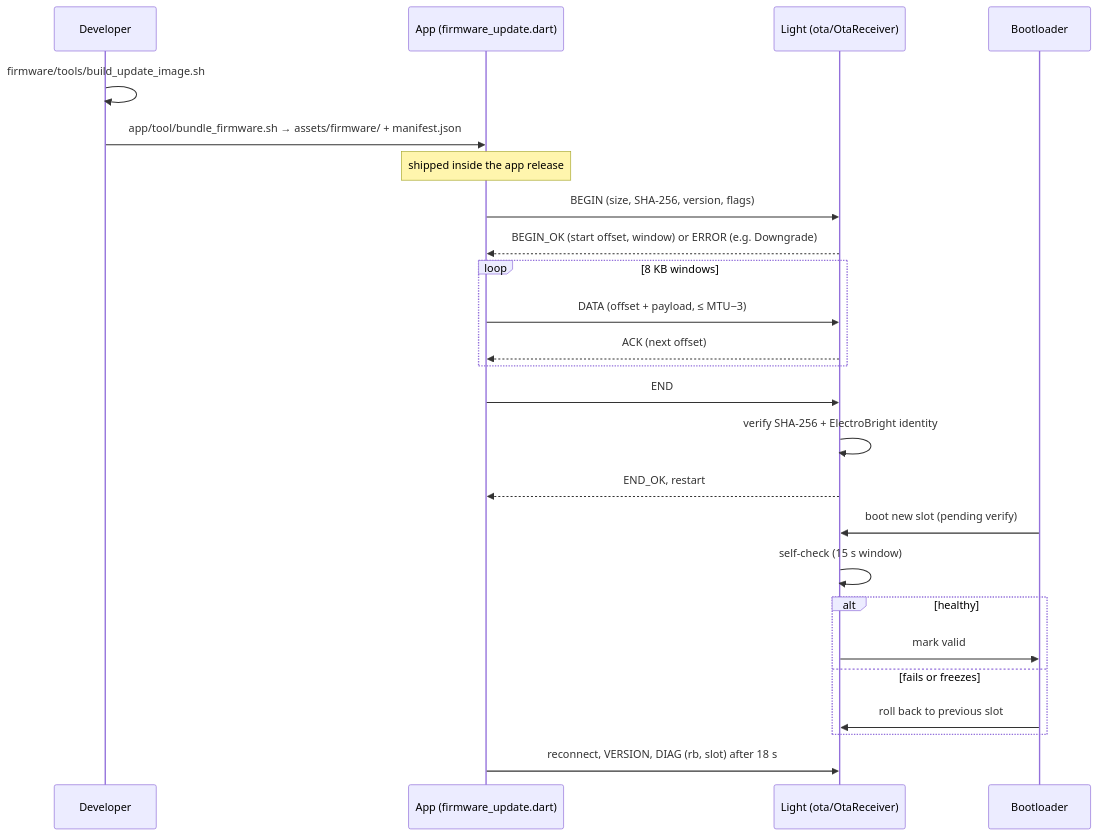
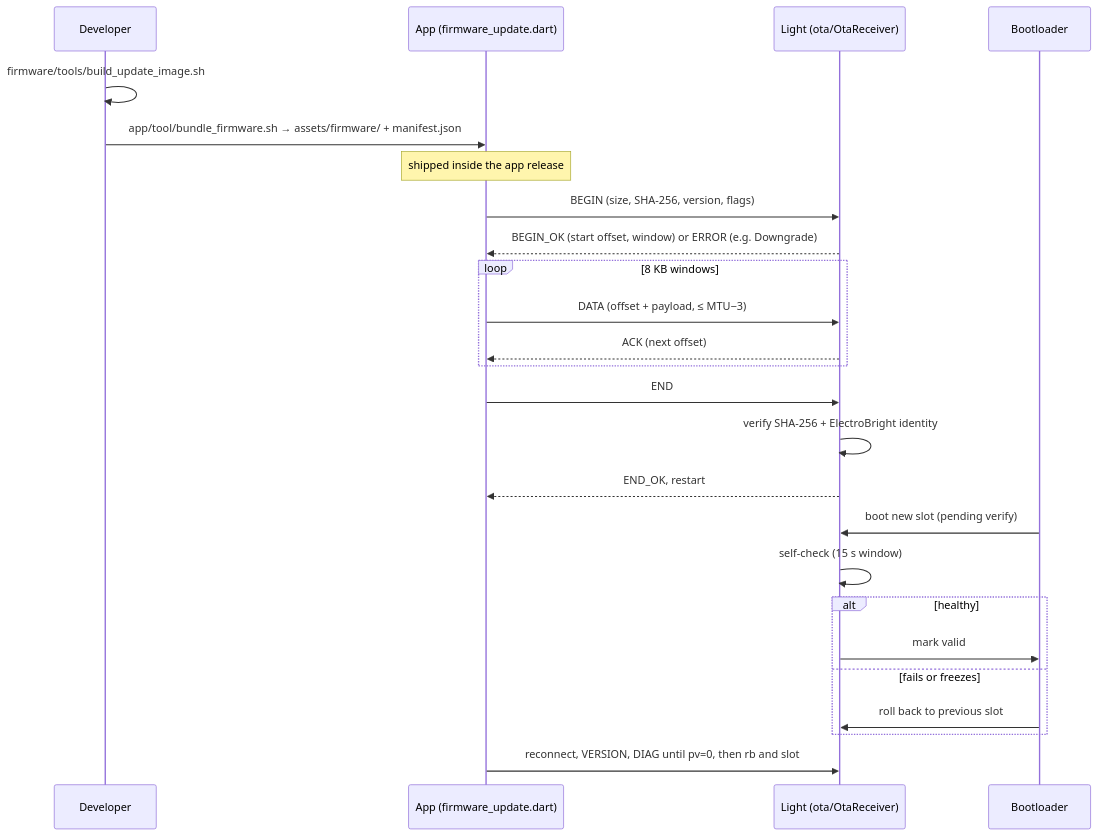
The third of 3 diagrams in docs/architecture.md (rohitjosan47/ElectroBright), drawn with Mermaid before and after one commit. The commit also changed 15 other files, not shown here.

````diff
--- a/docs/architecture.md
+++ b/docs/architecture.md
@@ -88,27 +88,27 @@
 ```mermaid
 sequenceDiagram
     participant Dev as Developer
     participant App as App (firmware_update.dart)
     participant L as Light (ota/OtaReceiver)
     participant BL as Bootloader
     Dev->>Dev: firmware/tools/build_update_image.sh
     Dev->>App: app/tool/bundle_firmware.sh → assets/firmware/ + manifest.json
     Note over App: shipped inside the app release
     App->>L: BEGIN (size, SHA-256, version, flags)
     L-->>App: BEGIN_OK (start offset, window) or ERROR (e.g. Downgrade)
     loop 8 KB windows
         App->>L: DATA (offset + payload, ≤ MTU−3)
         L-->>App: ACK (next offset)
     end
     App->>L: END
     L->>L: verify SHA-256 + ElectroBright identity
     L-->>App: END_OK, restart
     BL->>L: boot new slot (pending verify)
     L->>L: self-check (15 s window)
     alt healthy
         L->>BL: mark valid
     else fails or freezes
         BL->>L: roll back to previous slot
     end
-    App->>L: reconnect, VERSION, DIAG (rb, slot) after 18 s
+    App->>L: reconnect, VERSION, DIAG until pv=0, then rb and slot
 ```
````
